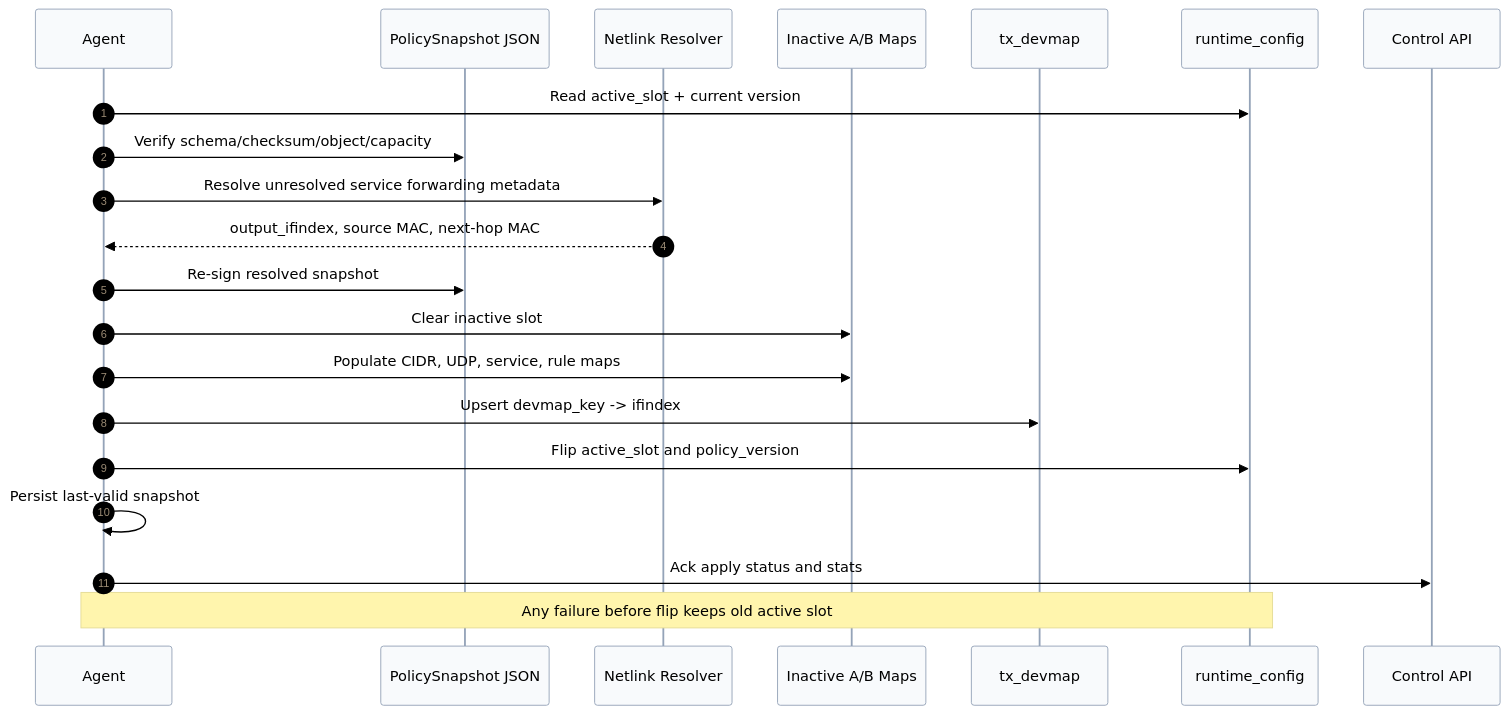
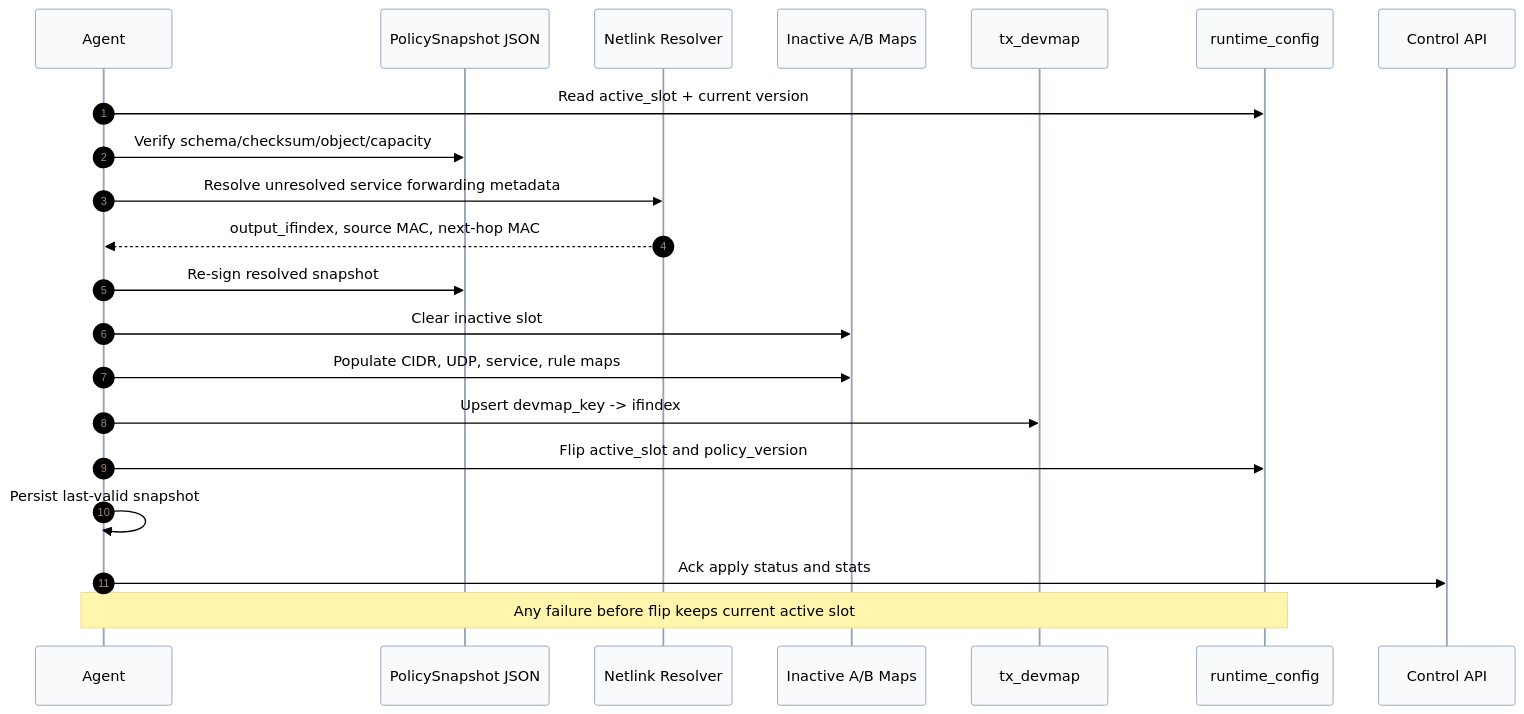
Before and after one commit to ken9xkyo/anti-ddos: the diagram in docs/diagrams/low-level-design/policy-apply-ab-slot.mmd, drawn with Mermaid. The commit also changed 22 other files, not shown here.

```diff
--- a/docs/diagrams/low-level-design/policy-apply-ab-slot.mmd
+++ b/docs/diagrams/low-level-design/policy-apply-ab-slot.mmd
@@ -1,23 +1,23 @@
 %%{init: {'theme':'base','themeVariables': {'primaryColor':'#f8fafc','primaryTextColor':'#000000','primaryBorderColor':'#94a3b8','lineColor':'#64748b','secondaryColor':'#e0f2fe','tertiaryColor':'#fef3c7','background':'#ffffff','mainBkg':'#ffffff','nodeBorder':'#94a3b8','clusterBkg':'#f8fafc','clusterBorder':'#cbd5e1','titleColor':'#000000','edgeLabelBackground':'#ffffff','textColor':'#000000','actorTextColor':'#000000','actorBkg':'#f8fafc','actorBorder':'#94a3b8','participantTextColor':'#000000','participantBkg':'#f8fafc','participantBorder':'#94a3b8','labelTextColor':'#000000','loopTextColor':'#000000','noteTextColor':'#000000'}}}%%
 sequenceDiagram
     autonumber
     participant Agent
     participant Snapshot as PolicySnapshot JSON
     participant Resolver as Netlink Resolver
     participant Maps as Inactive A/B Maps
     participant Devmap as tx_devmap
     participant Runtime as runtime_config
     participant Control as Control API
 
     Agent->>Runtime: Read active_slot + current version
     Agent->>Snapshot: Verify schema/checksum/object/capacity
     Agent->>Resolver: Resolve unresolved service forwarding metadata
     Resolver-->>Agent: output_ifindex, source MAC, next-hop MAC
     Agent->>Snapshot: Re-sign resolved snapshot
     Agent->>Maps: Clear inactive slot
     Agent->>Maps: Populate CIDR, UDP, service, rule maps
     Agent->>Devmap: Upsert devmap_key -> ifindex
     Agent->>Runtime: Flip active_slot and policy_version
     Agent->>Agent: Persist last-valid snapshot
     Agent->>Control: Ack apply status and stats
-    Note over Agent,Runtime: Any failure before flip keeps old active slot
+    Note over Agent,Runtime: Any failure before flip keeps current active slot
```
